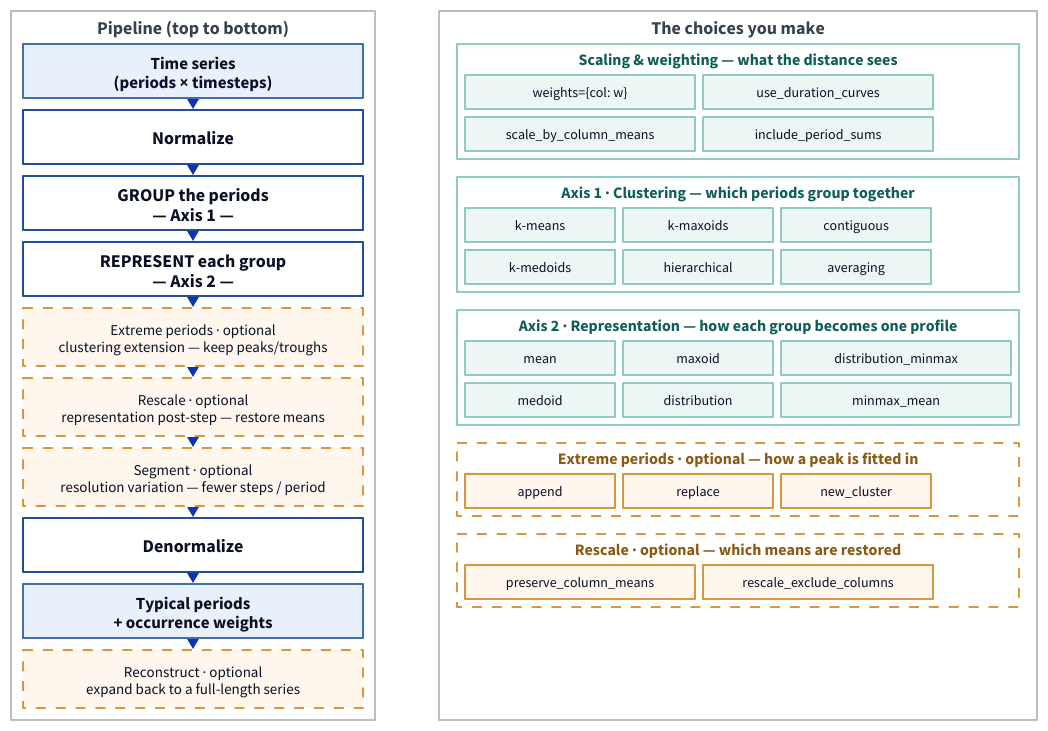
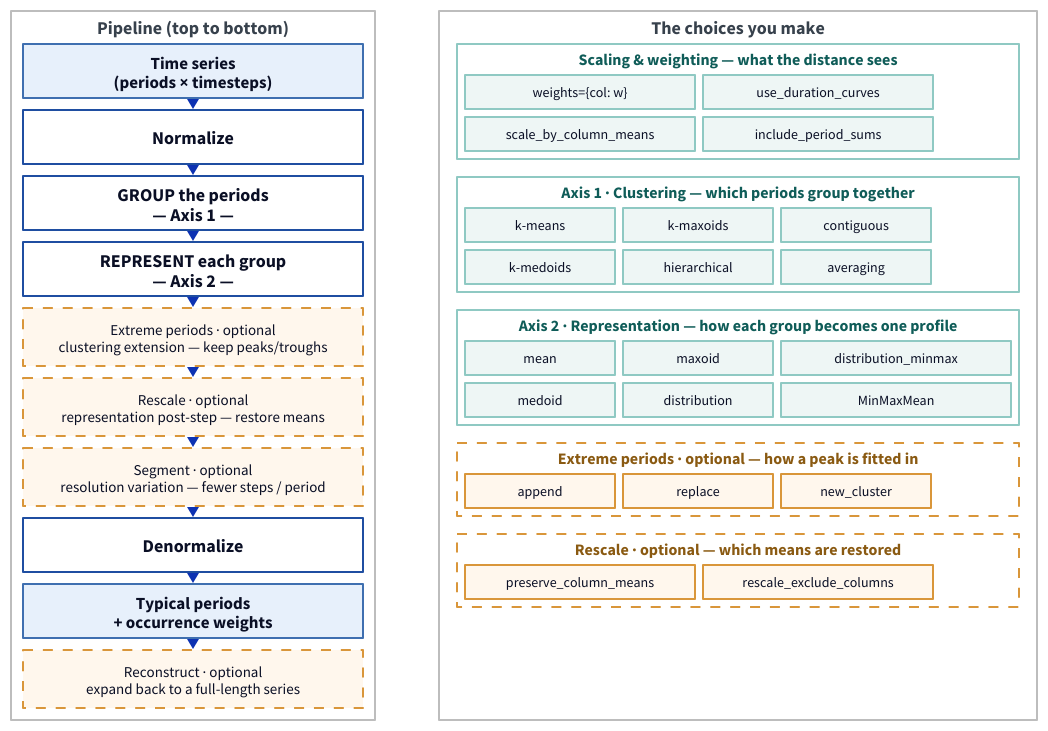
The diagram in docs/assets/architecture/aggregation_methods.d2 (FZJ-IEK3-VSA/tsam), drawn with D2 before and after one commit. The commit also changed 17 other files, not shown here.

First line of the commit message:
fix: reject the bare "minmax_mean" representation string (#490) (#528)

```diff
--- a/docs/assets/architecture/aggregation_methods.d2
+++ b/docs/assets/architecture/aggregation_methods.d2
@@ -1,115 +1,115 @@
 # Aggregation pipeline — the two recombinable axes (grouping × representation), the
 # optional post-steps (extremes, rescale, segmentation) and the return path
 # (denormalize, reconstruct), in pipeline order. Required stages are solid blue;
 # OPTIONAL steps are dashed amber. The right column lists the options each stage
 # takes, in the same top-to-bottom order as the stages they configure. Conceptual
 # companion to the how-aggregation-works overview. Regenerate:
 #   d2 aggregation_methods.d2 aggregation_methods.svg
 
 direction: down
 
 vars: {
   d2-config: { pad: 12 }
 }
 
 classes: {
   side: { style: { fill: transparent; stroke: "#bdbdbd"; font-size: 18; bold: true; font-color: "#37414c" } }
   # required pipeline stages (solid, blue)
   stage: { width: 340; height: 54; style: { fill: "#ffffff"; stroke: "#1f4ea1"; stroke-width: 2; font-size: 18; bold: true } }
   # OPTIONAL steps (dashed, amber) — visually distinct from required stages
   opt: { width: 340; height: 58; style: { fill: "#fff7ed"; stroke: "#d9963a"; stroke-width: 2; stroke-dash: 5; font-size: 15; bold: false } }
   # data in / out (blue)
   io: { width: 340; height: 54; style: { fill: "#e7f0fb"; stroke: "#3f6fb0"; stroke-width: 2; font-size: 17 } }
   # menu container titles
   menu: { style: { fill: transparent; stroke: "#8fc9c3"; stroke-width: 2; font-size: 16; bold: true; font-color: "#0f5c58" } }
   # menu container titles for OPTIONAL steps — amber, to match the dashed stages
   menu_opt: { style: { fill: transparent; stroke: "#d9963a"; stroke-width: 2; stroke-dash: 5; font-size: 16; bold: true; font-color: "#8a5a12" } }
   # option chips: method names (short)
   chip: { width: 150; height: 34; style: { fill: "#eef6f5"; stroke: "#8fc9c3"; bold: false; font-size: 14 } }
   # option chips: keyword-argument names (long) — wider so they do not wrap
   kwchip: { width: 230; height: 34; style: { fill: "#eef6f5"; stroke: "#8fc9c3"; bold: false; font-size: 14 } }
   # option chips for OPTIONAL steps — amber
   kwchip_opt: { width: 230; height: 34; style: { fill: "#fff7ed"; stroke: "#d9963a"; bold: false; font-size: 14 } }
   chip_opt: { width: 150; height: 34; style: { fill: "#fff7ed"; stroke: "#d9963a"; bold: false; font-size: 14 } }
 }
 
 grid-columns: 2
 grid-gap: 64
 
 # ── Left: the pipeline, top to bottom. Required stages solid; optional dashed. ──
 flow: "Pipeline (top to bottom)" {
   class: side
   grid-columns: 1
   grid-gap: 12
 
   tin: "Time series\n(periods × timesteps)" { class: io }
   norm: "Normalize" { class: stage }
   group: "GROUP the periods\n— Axis 1 —" { class: stage }
   rep: "REPRESENT each group\n— Axis 2 —" { class: stage }
   ext: "Extreme periods  ·  optional\nclustering extension — keep peaks/troughs" { class: opt }
   resc: "Rescale  ·  optional\nrepresentation post-step — restore means" { class: opt }
   seg: "Segment  ·  optional\nresolution variation — fewer steps / period" { class: opt }
   den: "Denormalize" { class: stage }
   out: "Typical periods\n+ occurrence weights" { class: io }
   rec: "Reconstruct  ·  optional\nexpand back to a full-length series" { class: opt }
 
   tin -> norm -> group -> rep -> ext -> resc -> seg -> den -> out -> rec
 }
 
 # ── Right: the options each stage takes, in the same order as the stages ────────
 choices: "The choices you make" {
   class: side
   grid-columns: 1
   grid-gap: 18
 
   scal: "Scaling & weighting — what the distance sees" {
     class: menu
     grid-columns: 2
     grid-gap: 8
     w1: "weights={col: w}" { class: kwchip }
     w2: "scale_by_column_means" { class: kwchip }
     w3: "use_duration_curves" { class: kwchip }
     w4: "include_period_sums" { class: kwchip }
   }
 
   clu: "Axis 1 · Clustering — which periods group together" {
     class: menu
     grid-columns: 3
     grid-gap: 8
     a1: "k-means" { class: chip }
     a2: "k-medoids" { class: chip }
     a3: "k-maxoids" { class: chip }
     a4: "hierarchical" { class: chip }
     a5: "contiguous" { class: chip }
     a6: "averaging" { class: chip }
   }
 
   repr: "Axis 2 · Representation — how each group becomes one profile" {
     class: menu
     grid-columns: 3
     grid-gap: 8
     b1: "mean" { class: chip }
     b2: "medoid" { class: chip }
     b3: "maxoid" { class: chip }
     b4: "distribution" { class: chip }
     b5: "distribution_minmax" { class: kwchip }
-    b6: "minmax_mean" { class: chip }
+    b6: "MinMaxMean" { class: chip }
   }
 
   extm: "Extreme periods  ·  optional — how a peak is fitted in" {
     class: menu_opt
     grid-columns: 3
     grid-gap: 8
     e1: "append" { class: chip_opt }
     e2: "replace" { class: chip_opt }
     e3: "new_cluster" { class: chip_opt }
   }
 
   rescm: "Rescale  ·  optional — which means are restored" {
     class: menu_opt
     grid-columns: 2
     grid-gap: 8
     r1: "preserve_column_means" { class: kwchip_opt }
     r2: "rescale_exclude_columns" { class: kwchip_opt }
   }
 }
```
